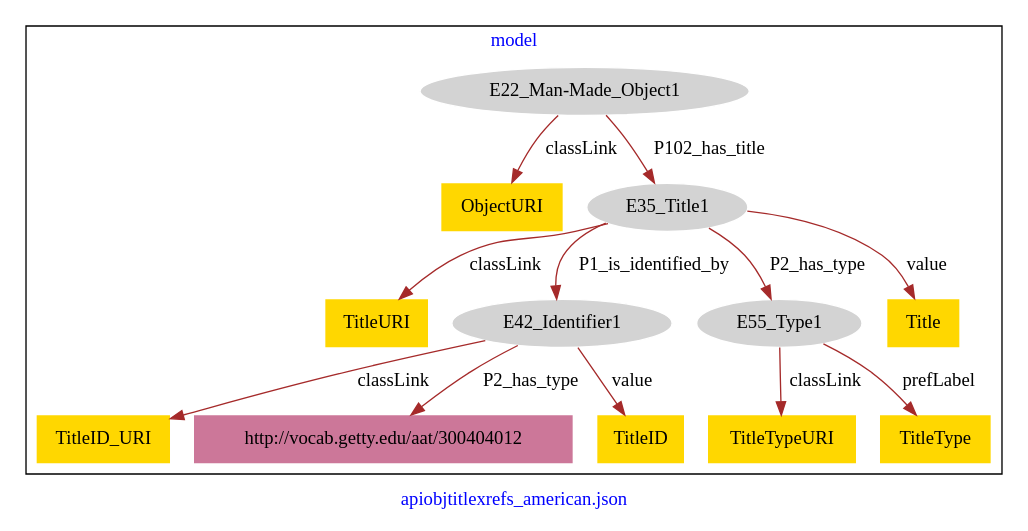
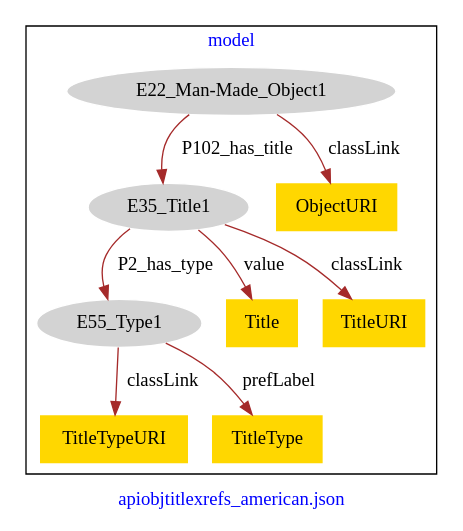
One commit to american-art/PUAM changed the diagram in apiobjtitlexrefs_american/apiobjtitlexrefs_american-other_titles-model.dot. Above: the diagram before and after it, drawn with Graphviz.

Commit message:
Update file apiobjtitlexrefs_american-other_titles-model.dot

```diff
--- a/apiobjtitlexrefs_american/apiobjtitlexrefs_american-other_titles-model.dot
+++ b/apiobjtitlexrefs_american/apiobjtitlexrefs_american-other_titles-model.dot
@@ -1,31 +1,23 @@
 digraph n0 {
 fontcolor="blue"
 remincross="true"
 label="apiobjtitlexrefs_american.json"
 subgraph cluster {
 label="model"
 n2[style="filled",color="white",fillcolor="lightgray",label="E22_Man-Made_Object1"];
-n3[shape="plaintext",style="filled",fillcolor="gold",label="ObjectURI"];
-n4[style="filled",color="white",fillcolor="lightgray",label="E35_Title1"];
-n5[shape="plaintext",style="filled",fillcolor="gold",label="TitleURI"];
-n6[style="filled",color="white",fillcolor="lightgray",label="E42_Identifier1"];
-n7[style="filled",color="white",fillcolor="lightgray",label="E55_Type1"];
-n8[shape="plaintext",style="filled",fillcolor="gold",label="Title"];
-n9[shape="plaintext",style="filled",fillcolor="gold",label="TitleID_URI"];
-n10[shape="plaintext",style="filled",fillcolor="#CC7799",label="http://vocab.getty.edu/aat/300404012"];
-n11[shape="plaintext",style="filled",fillcolor="gold",label="TitleID"];
-n12[shape="plaintext",style="filled",fillcolor="gold",label="TitleTypeURI"];
-n13[shape="plaintext",style="filled",fillcolor="gold",label="TitleType"];
+n3[style="filled",color="white",fillcolor="lightgray",label="E35_Title1"];
+n4[style="filled",color="white",fillcolor="lightgray",label="E55_Type1"];
+n5[shape="plaintext",style="filled",fillcolor="gold",label="Title"];
+n6[shape="plaintext",style="filled",fillcolor="gold",label="TitleTypeURI"];
+n7[shape="plaintext",style="filled",fillcolor="gold",label="TitleURI"];
+n8[shape="plaintext",style="filled",fillcolor="gold",label="TitleType"];
+n9[shape="plaintext",style="filled",fillcolor="gold",label="ObjectURI"];
 }
-n2 -> n3[color="brown",fontcolor="black",label="classLink"]
-n2 -> n4[color="brown",fontcolor="black",label="P102_has_title"]
-n4 -> n5[color="brown",fontcolor="black",label="classLink"]
-n4 -> n6[color="brown",fontcolor="black",label="P1_is_identified_by"]
-n4 -> n7[color="brown",fontcolor="black",label="P2_has_type"]
-n4 -> n8[color="brown",fontcolor="black",label="value"]
-n6 -> n9[color="brown",fontcolor="black",label="classLink"]
-n6 -> n10[color="brown",fontcolor="black",label="P2_has_type"]
-n6 -> n11[color="brown",fontcolor="black",label="value"]
-n7 -> n12[color="brown",fontcolor="black",label="classLink"]
-n7 -> n13[color="brown",fontcolor="black",label="prefLabel"]
+n2 -> n3[color="brown",fontcolor="black",label="P102_has_title"]
+n3 -> n4[color="brown",fontcolor="black",label="P2_has_type"]
+n3 -> n5[color="brown",fontcolor="black",label="value"]
+n4 -> n6[color="brown",fontcolor="black",label="classLink"]
+n3 -> n7[color="brown",fontcolor="black",label="classLink"]
+n4 -> n8[color="brown",fontcolor="black",label="prefLabel"]
+n2 -> n9[color="brown",fontcolor="black",label="classLink"]
 }
```
